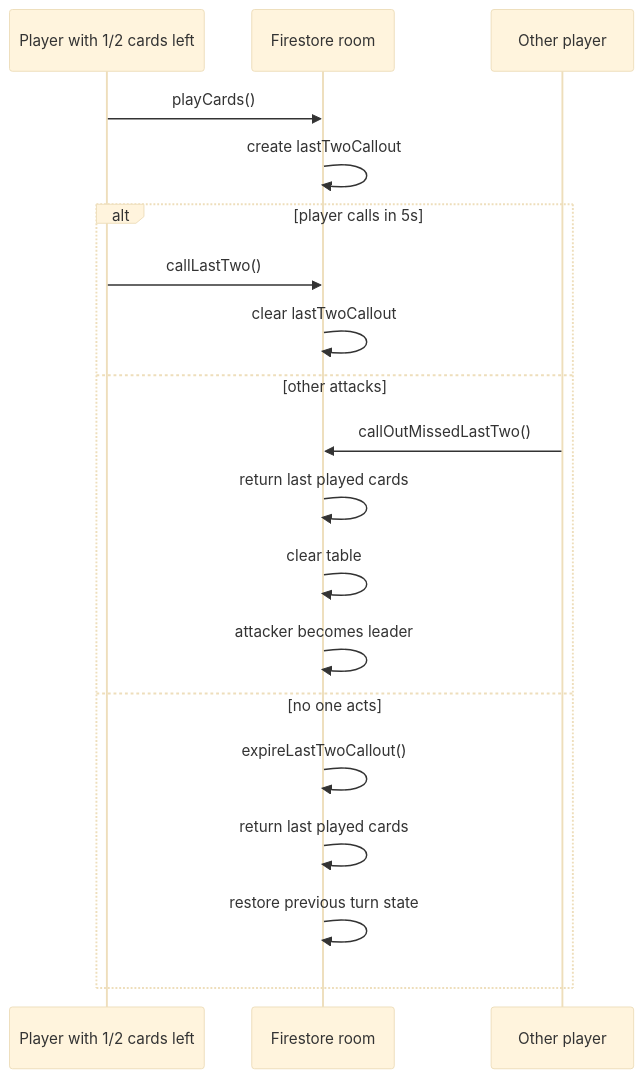
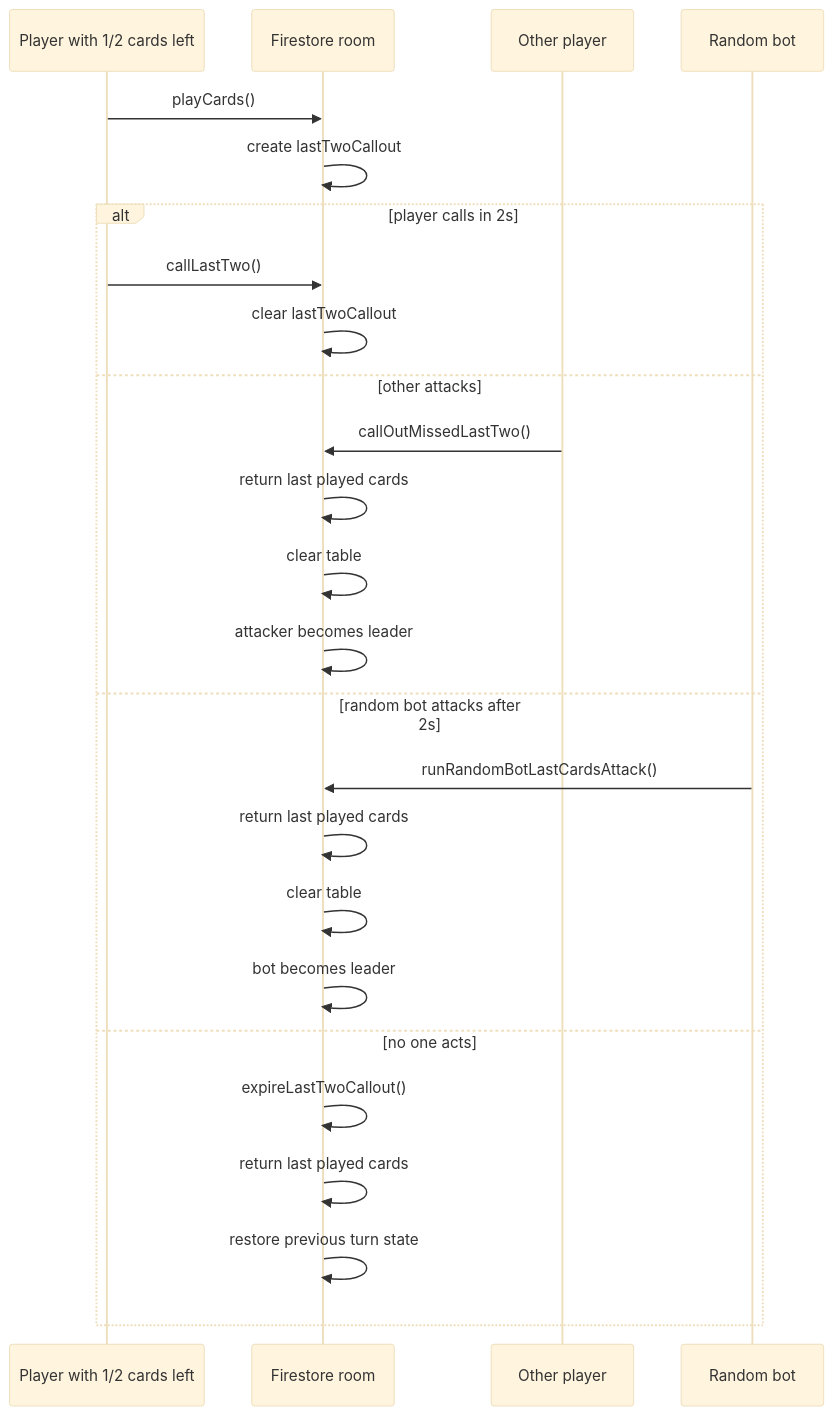
One commit to Sourav9063/watchtogether changed the third of 6 diagrams in src/app/big-two/README.md. Above: the diagram before and after it, drawn with Mermaid (base theme). The commit also changed other lines of this file and 3 other files, not shown here.

Commit message:
feat: bot can attack

````diff
--- a/src/app/big-two/README.md
+++ b/src/app/big-two/README.md
@@ -241,21 +243,27 @@
 ```mermaid
 sequenceDiagram
   participant P as Player with 1/2 cards left
   participant R as Firestore room
   participant O as Other player
+  participant B as Random bot
   P->>R: playCards()
   R->>R: create lastTwoCallout
-  alt player calls in 5s
+  alt player calls in 2s
     P->>R: callLastTwo()
     R->>R: clear lastTwoCallout
   else other attacks
     O->>R: callOutMissedLastTwo()
     R->>R: return last played cards
     R->>R: clear table
     R->>R: attacker becomes leader
+  else random bot attacks after 2s
+    B->>R: runRandomBotLastCardsAttack()
+    R->>R: return last played cards
+    R->>R: clear table
+    R->>R: bot becomes leader
   else no one acts
     R->>R: expireLastTwoCallout()
     R->>R: return last played cards
     R->>R: restore previous turn state
   end
 ```
````
